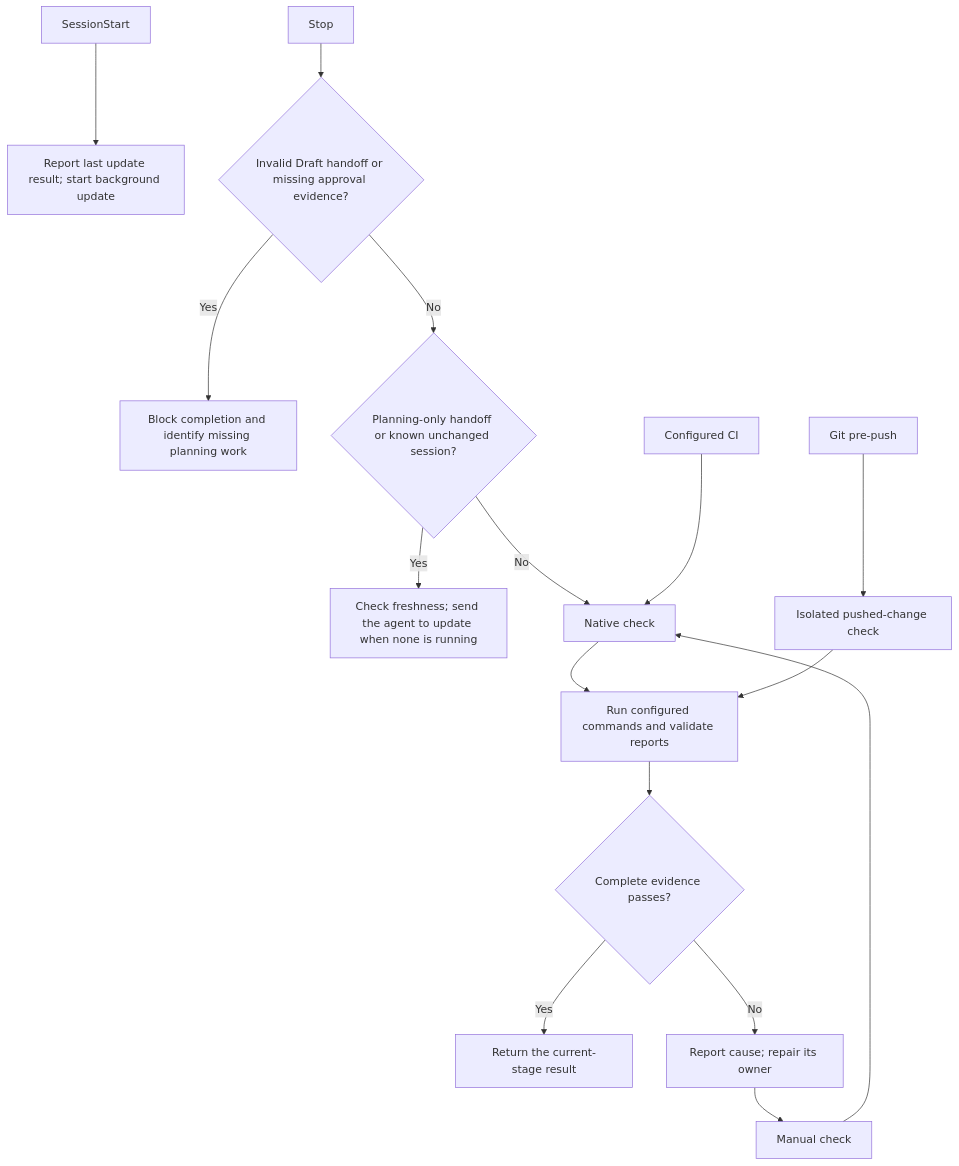
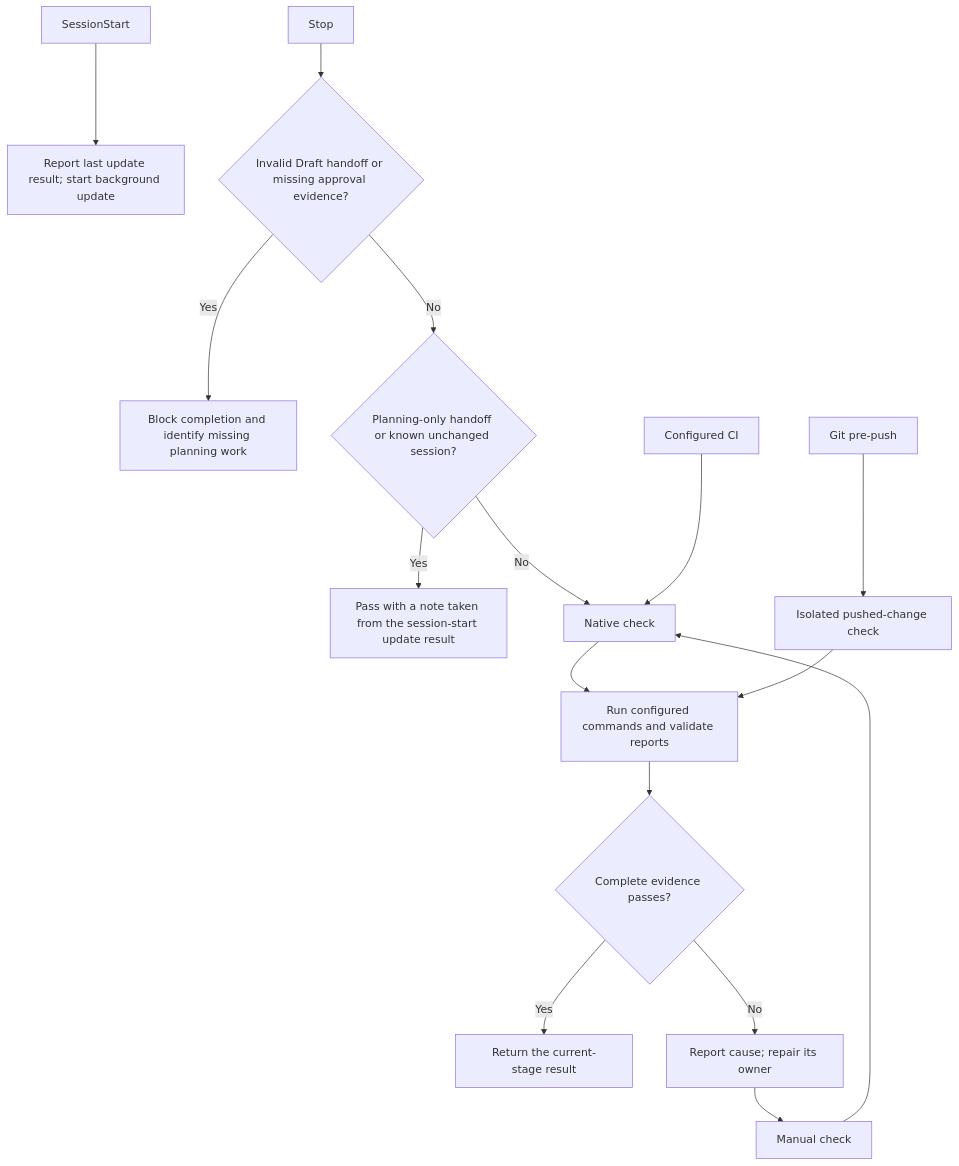
One commit to sgaabdu4/hard-eng changed the seventh of 7 diagrams in README.md. Above: the diagram before and after it, drawn with Mermaid. The commit also changed other lines of this file and 5 other files, not shown here.

````diff
--- a/README.md
+++ b/README.md
@@ -225,18 +225,18 @@
 ```mermaid
 flowchart TD
   A[SessionStart] --> B[Report last update result; start background update]
   C[Stop] --> D{Invalid Draft handoff or missing approval evidence?}
   D -->|Yes| F[Block completion and identify missing planning work]
   D -->|No| P{Planning-only handoff or known unchanged session?}
-  P -->|Yes| E[Check freshness; send the agent to update when none is running]
+  P -->|Yes| E[Pass with a note taken from the session-start update result]
   P -->|No| G[Native check]
   H[Manual check] --> G
   I[Git pre-push] --> J[Isolated pushed-change check]
   K[Configured CI] --> G
   G --> L[Run configured commands and validate reports]
   J --> L
   L --> M{Complete evidence passes?}
   M -->|Yes| N[Return the current-stage result]
   M -->|No| O[Report cause; repair its owner]
   O --> H
 ```
````
